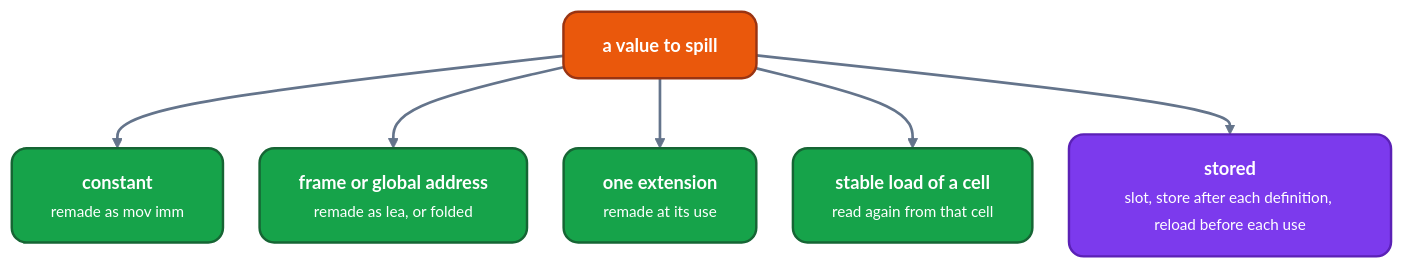
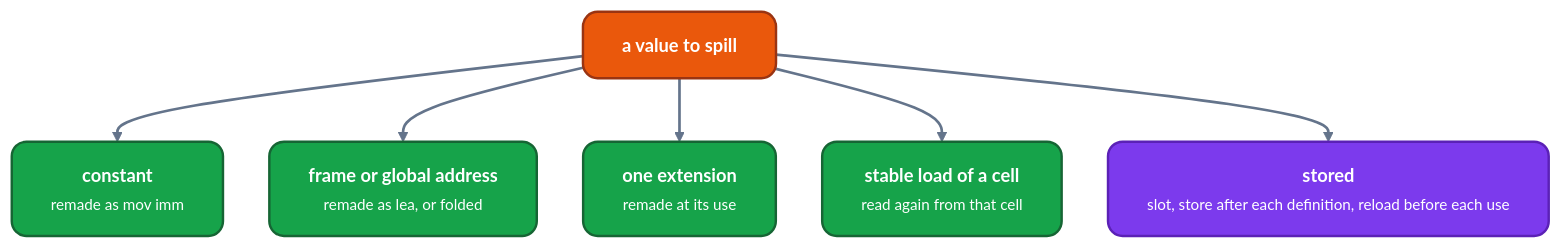
The diagram in docs/machine/register-allocation/spilling.md (ali-mosavian/llrm), drawn with Mermaid before and after one commit. The commit also changed 15 other files, not shown here.

Commit message:
docs(build): lint edge labels, --fix-style, # Example check, header mir test

````diff
--- a/docs/machine/register-allocation/spilling.md
+++ b/docs/machine/register-allocation/spilling.md
@@ -11,20 +11,20 @@
 ```mermaid
-%%{init: {'theme':'base','themeVariables':{'fontFamily':'Segoe UI, Helvetica Neue, Arial, DejaVu Sans, sans-serif','fontSize':'15px','primaryColor':'#475569','primaryTextColor':'#ffffff','primaryBorderColor':'#334155','lineColor':'#64748b','secondaryColor':'#475569','tertiaryColor':'transparent','clusterBkg':'transparent','clusterBorder':'#64748b','edgeLabelBackground':'#334155','textColor':'#64748b','titleColor':'#64748b'},'flowchart':{'curve':'basis','nodeSpacing':30,'rankSpacing':46,'padding':16,'htmlLabels':true,'useMaxWidth':true}}}%%
+%%{init: {'theme':'base','themeVariables':{'fontFamily':'Segoe UI, Helvetica Neue, Arial, DejaVu Sans, sans-serif','fontSize':'15px','primaryColor':'#475569','primaryTextColor':'#ffffff','primaryBorderColor':'#334155','lineColor':'#64748b','secondaryColor':'#475569','tertiaryColor':'transparent','clusterBkg':'transparent','clusterBorder':'#64748b','edgeLabelBackground':'#334155','textColor':'#64748b','titleColor':'#64748b'},'flowchart':{'curve':'basis','nodeSpacing':38,'rankSpacing':52,'padding':16,'wrappingWidth':360,'htmlLabels':true,'useMaxWidth':true}}}%%
 flowchart TB
   classDef mid fill:#475569,stroke:#334155,stroke-width:2px,color:#ffffff,rx:12px,ry:12px
   classDef opt fill:#ea580c,stroke:#9a3412,stroke-width:2px,color:#ffffff,rx:12px,ry:12px
   classDef out fill:#16a34a,stroke:#166534,stroke-width:2px,color:#ffffff,rx:12px,ry:12px
   classDef data fill:#7c3aed,stroke:#5b21b6,stroke-width:2px,color:#ffffff,rx:12px,ry:12px
   linkStyle default stroke:#64748b,stroke-width:2.2px
   v["<b>a value to spill</b>"]:::opt
   k["<b>constant</b><br/><small>remade as mov imm</small>"]:::out
   a["<b>frame or global address</b><br/><small>remade as lea, or folded</small>"]:::out
   e["<b>one extension</b><br/><small>remade at its use</small>"]:::out
   f["<b>stable load of a cell</b><br/><small>read again from that cell</small>"]:::out
   s["<b>stored</b><br/><small>slot, store after each definition, reload before each use</small>"]:::data
   v --> k
   v --> a
   v --> e
   v --> f
   v --> s
 ```
````
